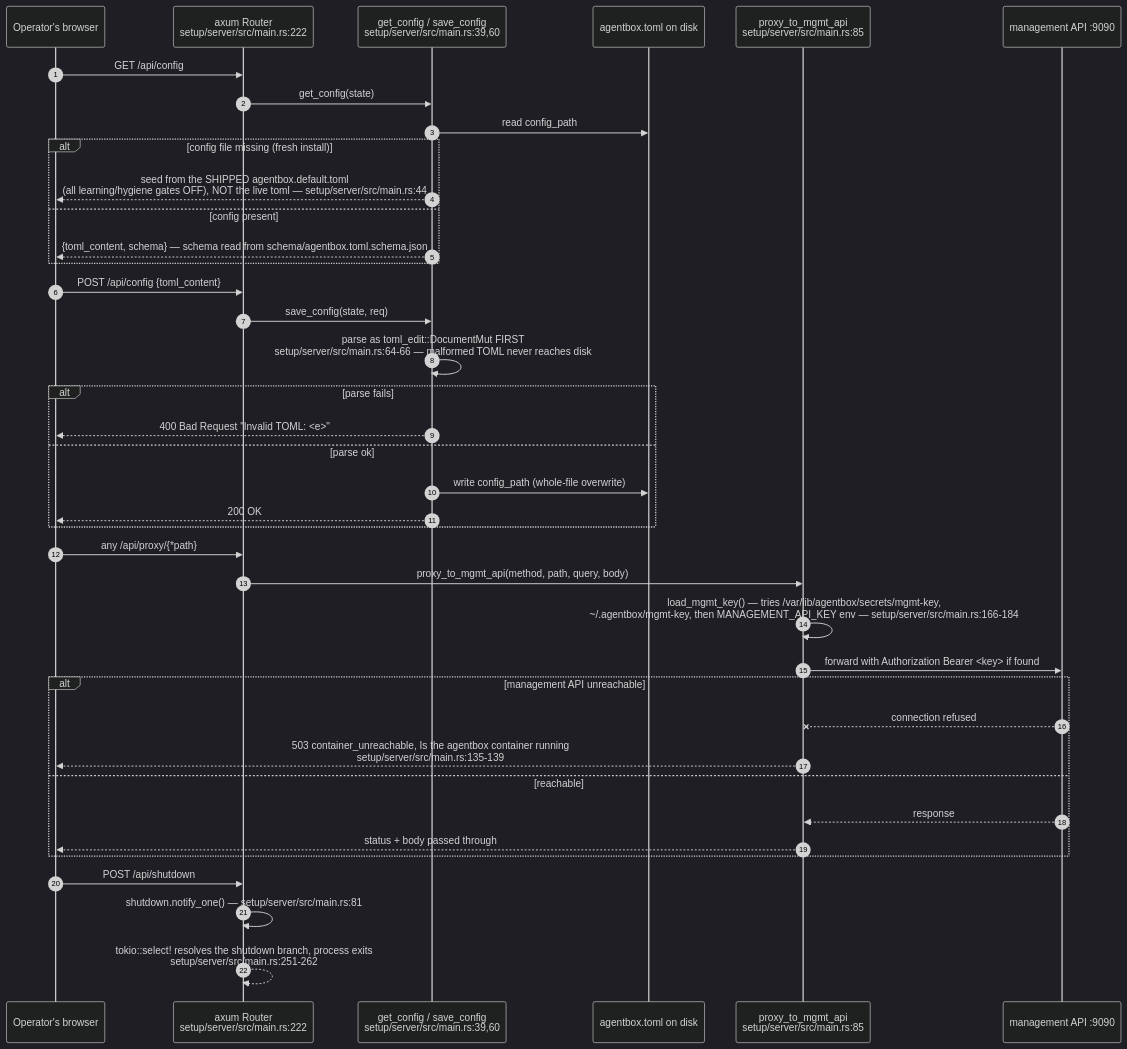
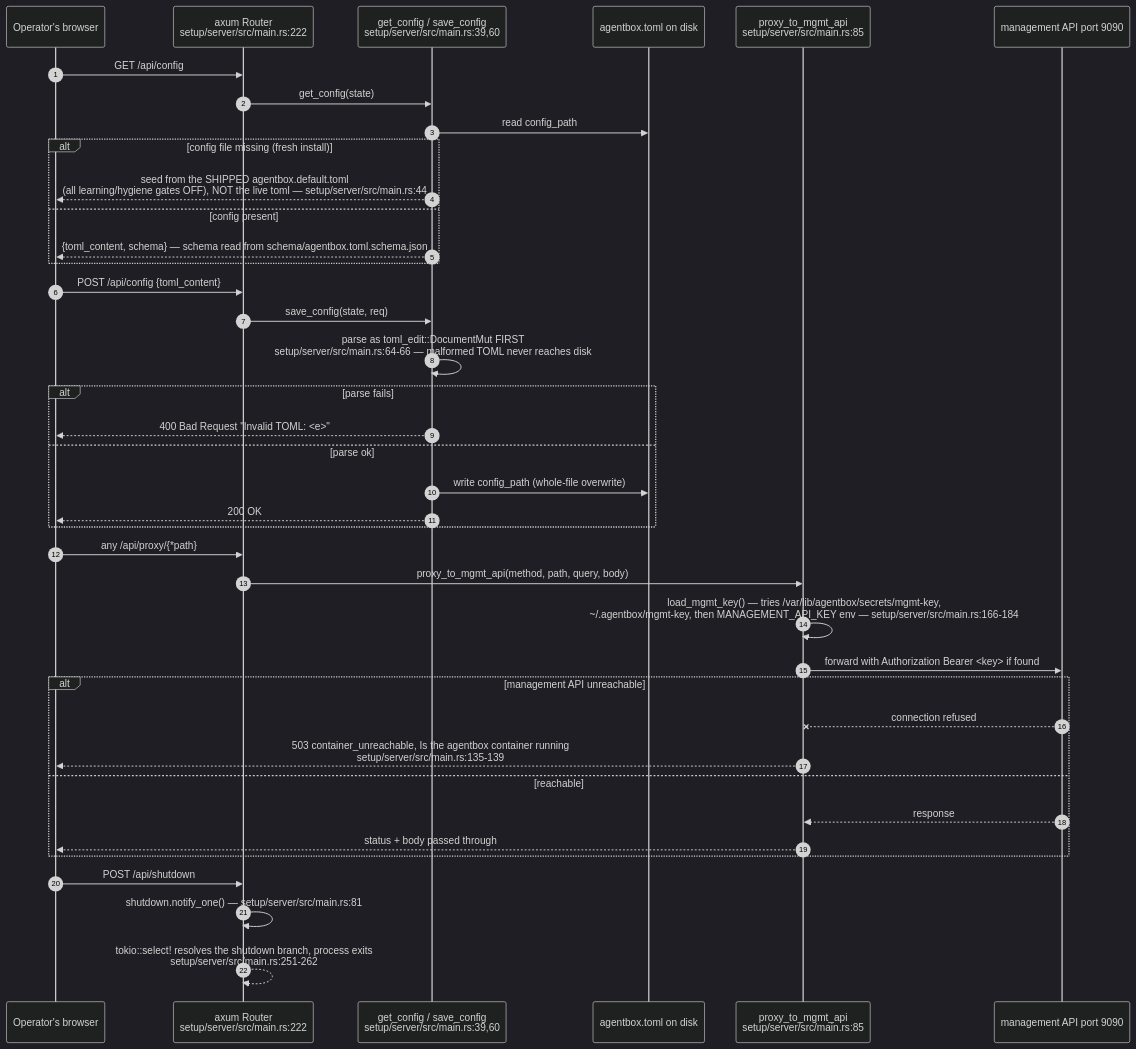
The third of 5 diagrams in docs/diagrams/agentbox/30-supporting-services-secret-backup-setup-https-bridge.md (DreamLab-AI/VisionFlow), drawn with Mermaid (dark theme) before and after one commit. The commit also changed other lines of this file and 52 other files, not shown here.

First line of the commit message:
docs(diagrams): wave 3 checkpoint — bare line refs resolved, revision-pinned cite-check, VC-05/AB-01..13 re-attested

````diff
--- a/docs/diagrams/agentbox/30-supporting-services-secret-backup-setup-https-bridge.md
+++ b/docs/diagrams/agentbox/30-supporting-services-secret-backup-setup-https-bridge.md
@@ -76,42 +76,42 @@
 ```mermaid
 sequenceDiagram
     autonumber
     participant OP as Operator's browser
     participant AX as axum Router<br/>setup/server/src/main.rs:222
     participant CFG as get_config / save_config<br/>setup/server/src/main.rs:39,60
     participant DISK as agentbox.toml on disk
     participant PROXY as proxy_to_mgmt_api<br/>setup/server/src/main.rs:85
-    participant MGMT as management API :9090
+    participant MGMT as management API port 9090
 
     OP->>AX: GET /api/config
     AX->>CFG: get_config(state)
     CFG->>DISK: read config_path
     alt config file missing (fresh install)
         CFG-->>OP: seed from the SHIPPED agentbox.default.toml<br/>#40;all learning/hygiene gates OFF#41;, NOT the live toml — setup/server/src/main.rs:44
     else config present
         CFG-->>OP: {toml_content, schema} — schema read from schema/agentbox.toml.schema.json
     end
     OP->>AX: POST /api/config {toml_content}
     AX->>CFG: save_config(state, req)
     CFG->>CFG: parse as toml_edit::DocumentMut FIRST<br/>setup/server/src/main.rs:64-66 — malformed TOML never reaches disk
     alt parse fails
         CFG-->>OP: 400 Bad Request "Invalid TOML: <e>"
     else parse ok
         CFG->>DISK: write config_path (whole-file overwrite)
         CFG-->>OP: 200 OK
     end
     OP->>AX: any /api/proxy/{*path}
     AX->>PROXY: proxy_to_mgmt_api(method, path, query, body)
     PROXY->>PROXY: load_mgmt_key#40;#41; — tries /var/lib/agentbox/secrets/mgmt-key,<br/>~/.agentbox/mgmt-key, then MANAGEMENT_API_KEY env — setup/server/src/main.rs:166-184
     PROXY->>MGMT: forward with Authorization Bearer <key> if found
     alt management API unreachable
         MGMT--xPROXY: connection refused
         PROXY-->>OP: 503 container_unreachable, Is the agentbox container running<br/>setup/server/src/main.rs:135-139
     else reachable
         MGMT-->>PROXY: response
         PROXY-->>OP: status + body passed through
     end
     OP->>AX: POST /api/shutdown
     AX->>AX: shutdown.notify_one#40;#41; — setup/server/src/main.rs:81
     AX-->>AX: tokio::select! resolves the shutdown branch, process exits<br/>setup/server/src/main.rs:251-262
 ```
````
